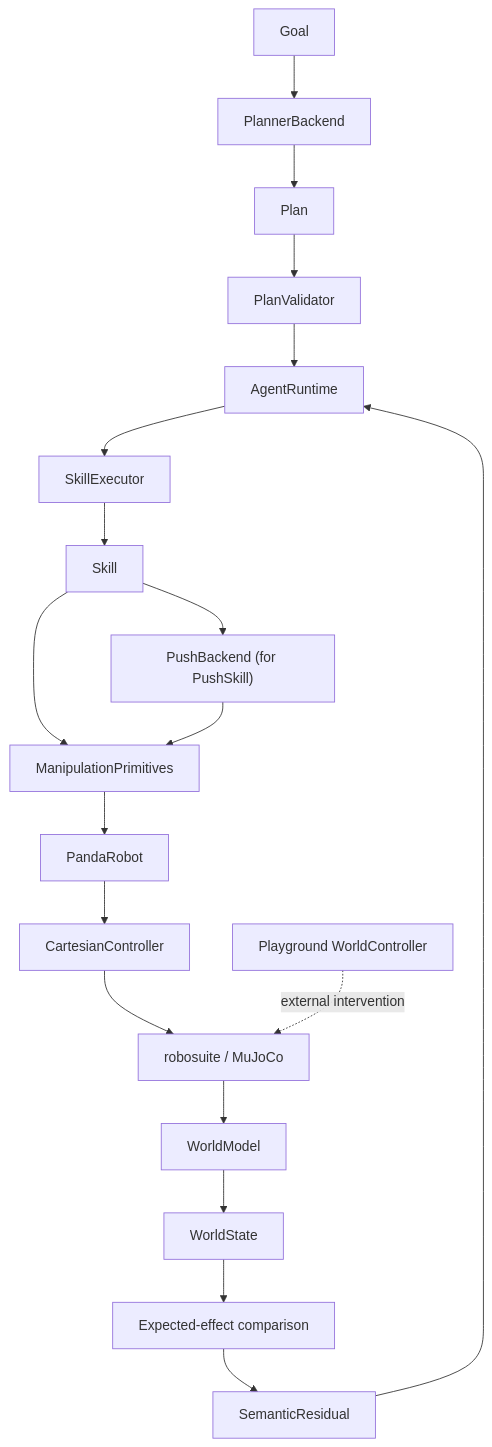
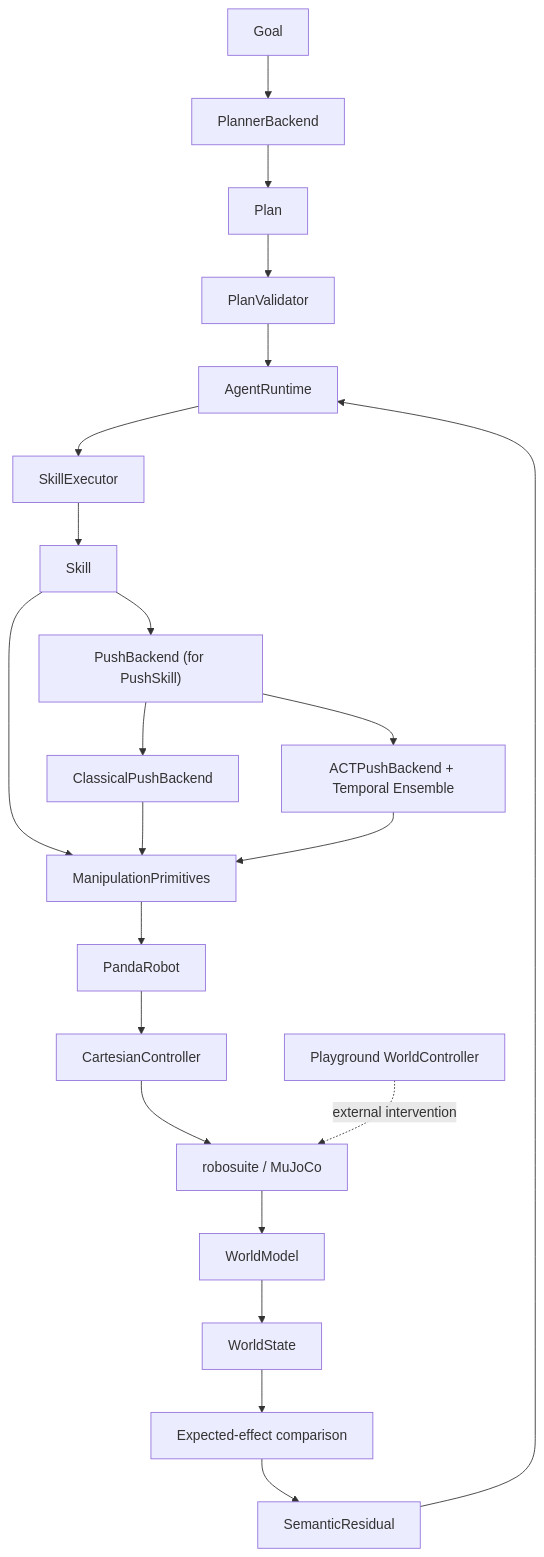
Before and after one commit to Block-O2/semantic-manipulation-stack: the diagram in docs/architecture.md, drawn with Mermaid. The commit also changed other lines of this file and 16 other files, not shown here.

````diff
--- a/docs/architecture.md
+++ b/docs/architecture.md
@@ -9,23 +9,26 @@
 ```mermaid
 flowchart TD
     G["Goal"] --> P["PlannerBackend"]
     P --> PL["Plan"]
     PL --> V["PlanValidator"]
     V --> A["AgentRuntime"]
     A --> E["SkillExecutor"]
     E --> S["Skill"]
     S --> PB["PushBackend (for PushSkill)"]
     S --> PR["ManipulationPrimitives"]
-    PB --> PR
+    PB --> CL["ClassicalPushBackend"]
+    PB --> ACT["ACTPushBackend + Temporal Ensemble"]
+    CL --> PR
+    ACT --> PR
     PR --> R["PandaRobot"]
     R --> C["CartesianController"]
     C --> SIM["robosuite / MuJoCo"]
 
     SIM --> WM["WorldModel"]
     WM --> WS["WorldState"]
     WS --> EV["Expected-effect comparison"]
     EV --> RES["SemanticResidual"]
     RES --> A
 
     WC["Playground WorldController"] -. "external intervention" .-> SIM
 ```
````
